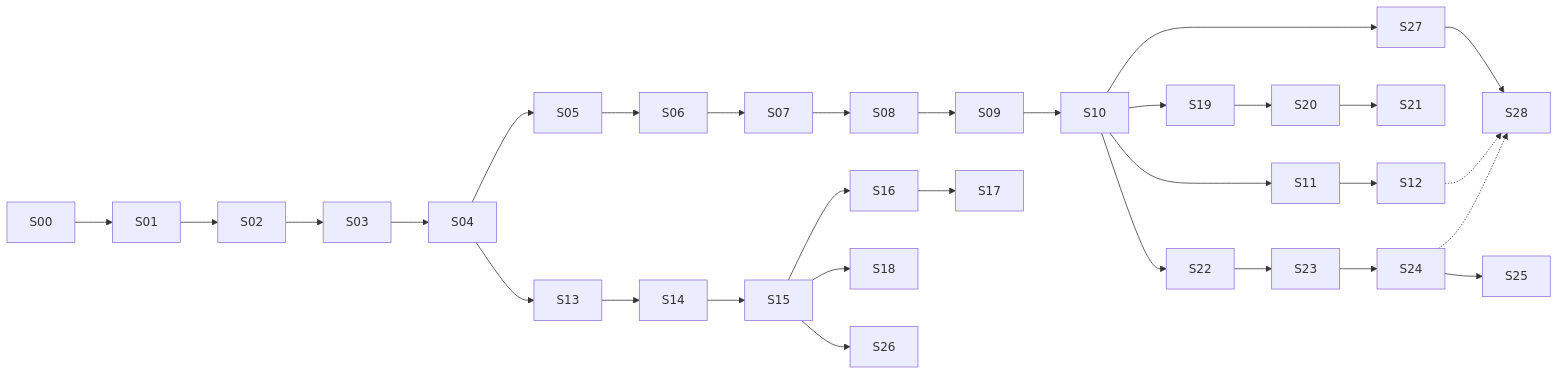
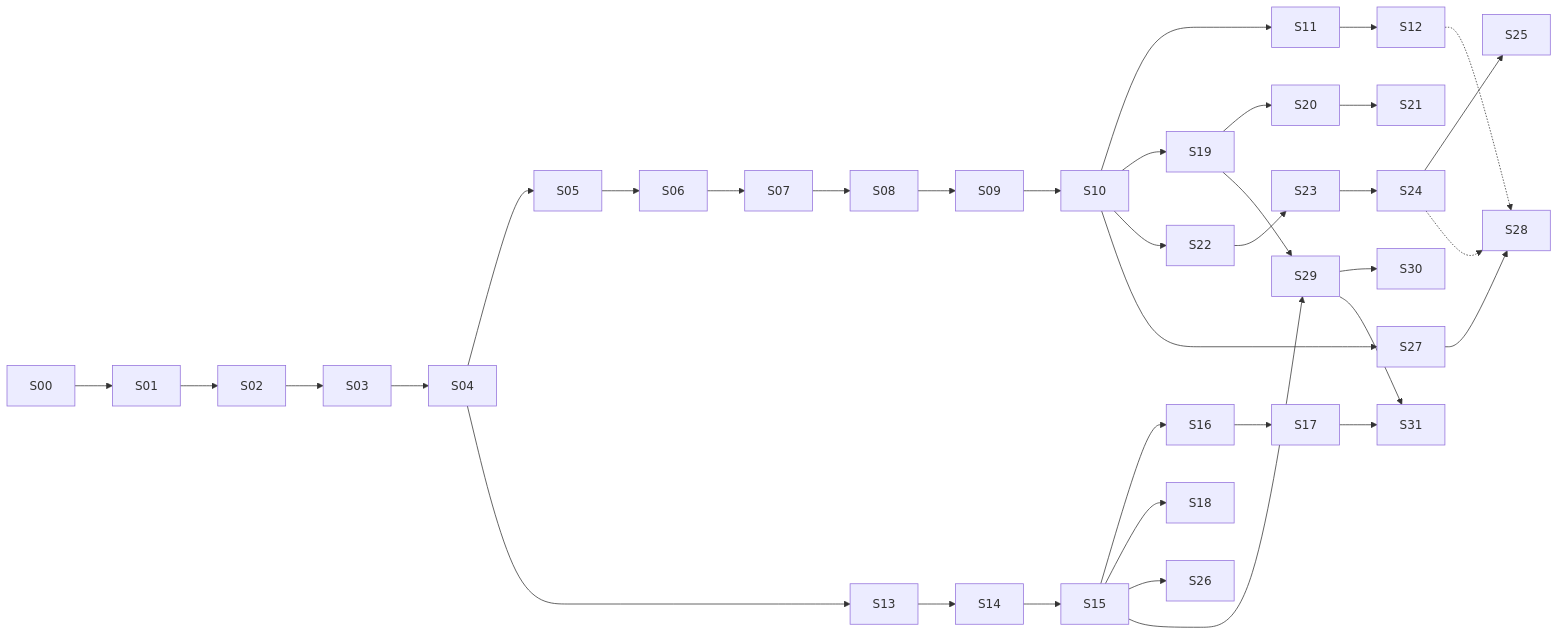
One commit to smitea/bee changed the diagram in docs/stories.md. Above: the diagram before and after it, drawn with Mermaid. The commit also changed other lines of this file and 11 other files, not shown here.

````diff
--- a/docs/stories.md
+++ b/docs/stories.md
@@ -17,15 +17,22 @@
 ```mermaid
 graph LR
     S00 --> S01 --> S02 --> S03 --> S04 --> S05 --> S06 --> S07 --> S08 --> S09 --> S10
 
     S10 --> S11 --> S12
     S04 --> S13 --> S14 --> S15
     S15 --> S16 --> S17
     S15 --> S18
     S15 --> S26
     S10 --> S19 --> S20 --> S21
     S10 --> S22 --> S23 --> S24 --> S25
     S10 --> S27 --> S28
+
+    S15 --> S29
+    S19 --> S29
+    S29 --> S30
+    S29 --> S31
+    S17 --> S31
+
     S12 -.-> S28
     S24 -.-> S28
 ```
````
